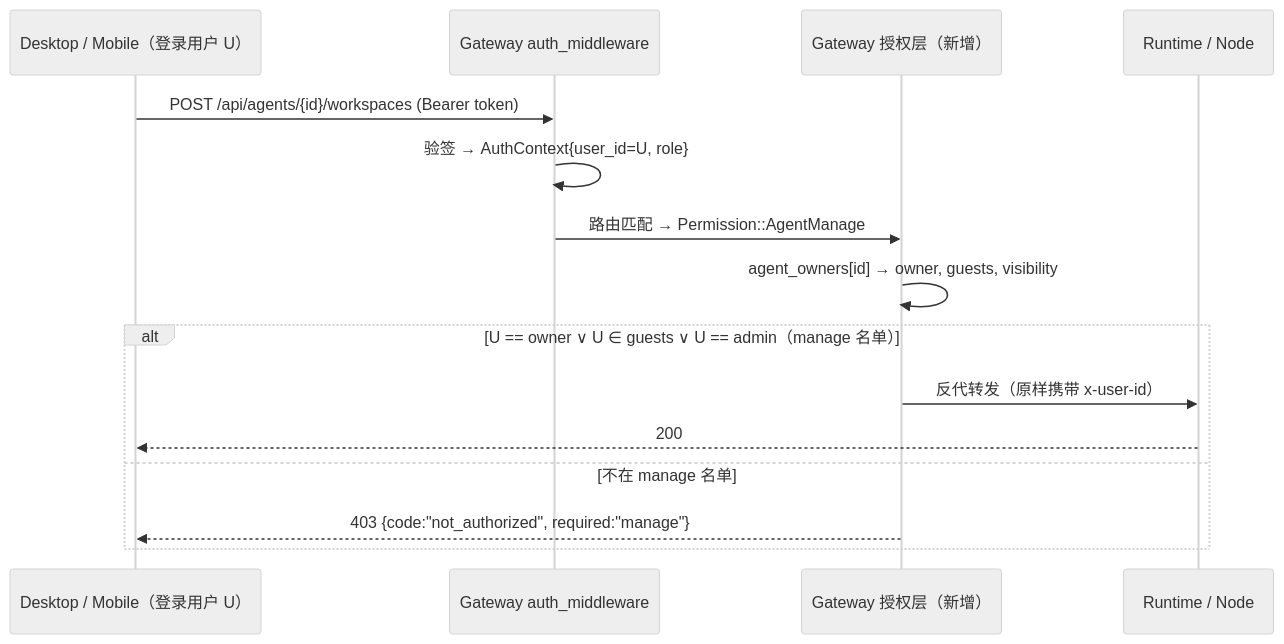
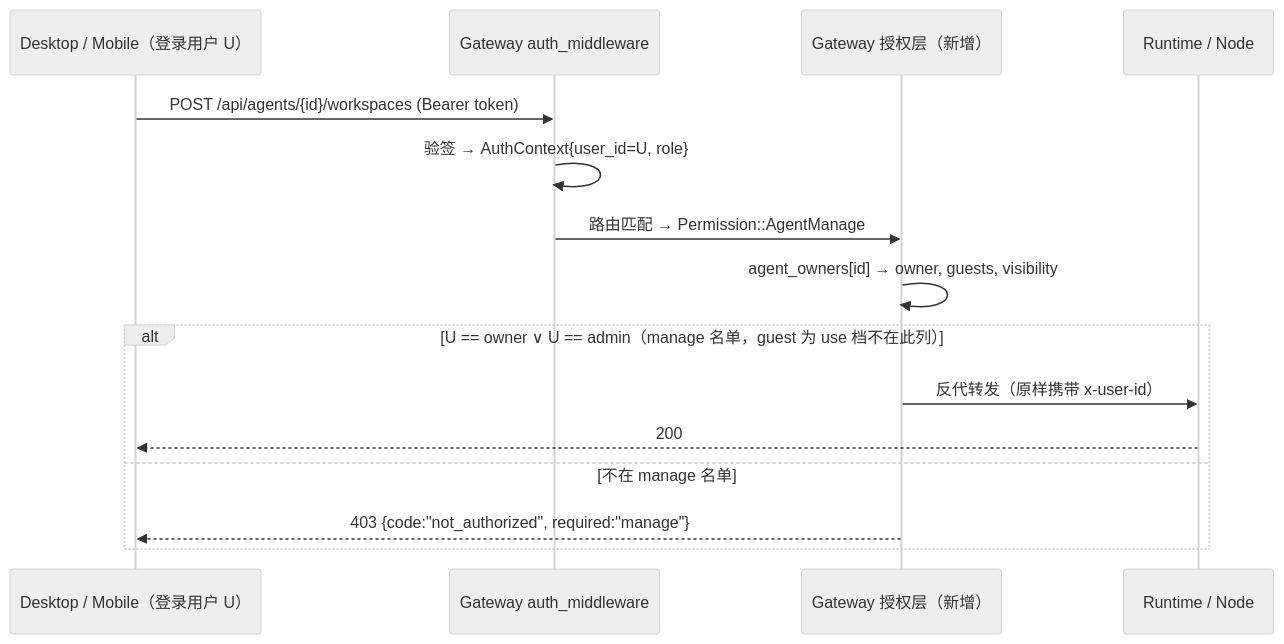
Before and after one commit to acowork/ACowork: the diagram in docs/adr/zh/ADR-087-node-agent-owner-permissions.md, drawn with Mermaid (neutral theme). The commit also changed other lines of this file and 53 other files, not shown here.

````diff
--- a/docs/adr/zh/ADR-087-node-agent-owner-permissions.md
+++ b/docs/adr/zh/ADR-087-node-agent-owner-permissions.md
@@ -236,17 +270,17 @@
 ```mermaid
 sequenceDiagram
     participant C as Desktop / Mobile（登录用户 U）
     participant G as Gateway auth_middleware
     participant P as Gateway 授权层（新增）
     participant R as Runtime / Node
     C->>G: POST /api/agents/{id}/workspaces (Bearer token)
     G->>G: 验签 → AuthContext{user_id=U, role}
     G->>P: 路由匹配 → Permission::AgentManage
     P->>P: agent_owners[id] → owner, guests, visibility
-    alt U == owner ∨ U ∈ guests ∨ U == admin（manage 名单）
+    alt U == owner ∨ U == admin（manage 名单，guest 为 use 档不在此列）
         P->>R: 反代转发（原样携带 x-user-id）
         R-->>C: 200
     else 不在 manage 名单
         P-->>C: 403 {code:"not_authorized", required:"manage"}
     end
 ```
````
